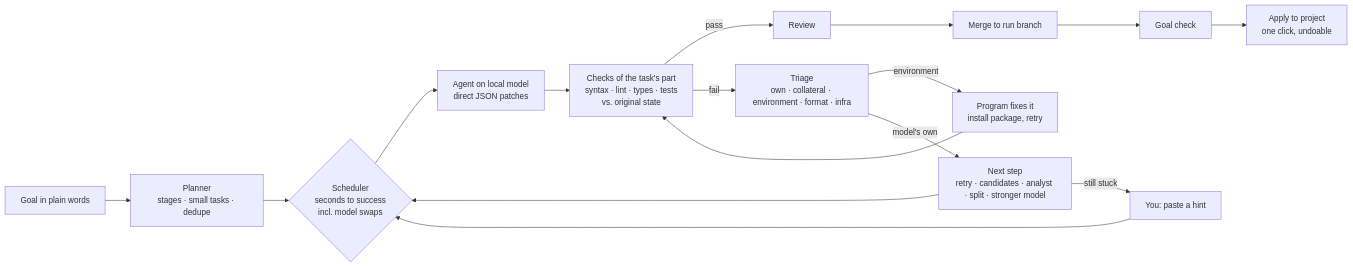
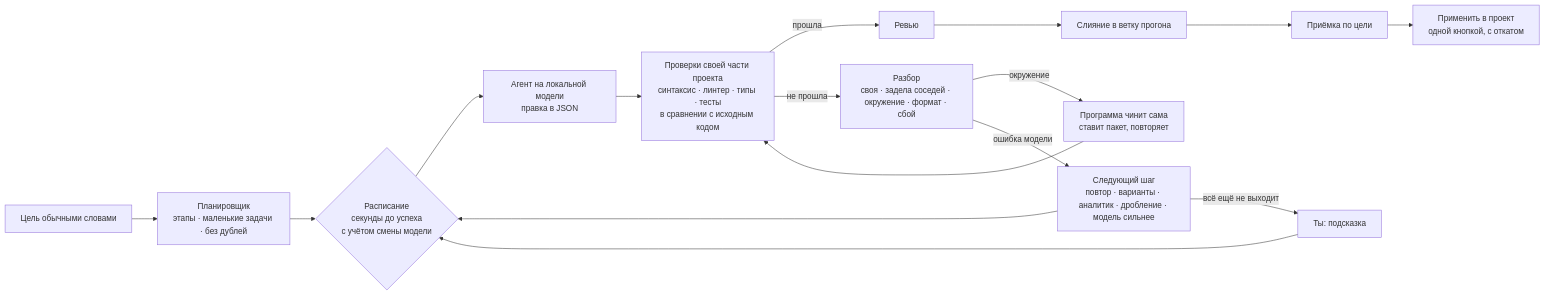
Before and after one commit to AntonZinchenko-dev/agentyard: the diagram in README.md, drawn with Mermaid. The commit also changed other lines of this file and 9 other files, not shown here.

````diff
--- a/README.md
+++ b/README.md
@@ -48,14 +48,14 @@
 ```mermaid
 flowchart LR
-  G[Goal in plain words] --> P[Planner<br/>stages · small tasks · dedupe]
-  P --> S{Scheduler<br/>seconds to success<br/>incl. model swaps}
-  S --> A[Agent on local model<br/>direct JSON patches]
-  A --> C[Checks of the task's part<br/>syntax · lint · types · tests<br/>vs. original state]
-  C -- pass --> R[Review] --> M[Merge to run branch]
-  C -- fail --> T[Triage<br/>own · collateral · environment · format · infra]
-  T -- environment --> F[Program fixes it<br/>install package, retry] --> C
-  T -- model's own --> L[Next step<br/>retry · candidates · analyst · split · stronger model]
+  G[Цель обычными словами] --> P[Планировщик<br/>этапы · маленькие задачи · без дублей]
+  P --> S{Расписание<br/>секунды до успеха<br/>с учётом смены модели}
+  S --> A[Агент на локальной модели<br/>правка в JSON]
+  A --> C[Проверки своей части проекта<br/>синтаксис · линтер · типы · тесты<br/>в сравнении с исходным кодом]
+  C -- прошла --> R[Ревью] --> M[Слияние в ветку прогона]
+  C -- не прошла --> T[Разбор<br/>своя · задела соседей · окружение · формат · сбой]
+  T -- окружение --> F[Программа чинит сама<br/>ставит пакет, повторяет] --> C
+  T -- ошибка модели --> L[Следующий шаг<br/>повтор · варианты · аналитик · дробление · модель сильнее]
   L --> S
-  L -- still stuck --> H[You: paste a hint] --> S
-  M --> V[Goal check] --> O[Apply to project<br/>one click, undoable]
+  L -- всё ещё не выходит --> H[Ты: подсказка] --> S
+  M --> V[Приёмка по цели] --> O[Применить в проект<br/>одной кнопкой, с откатом]
 ```
````
